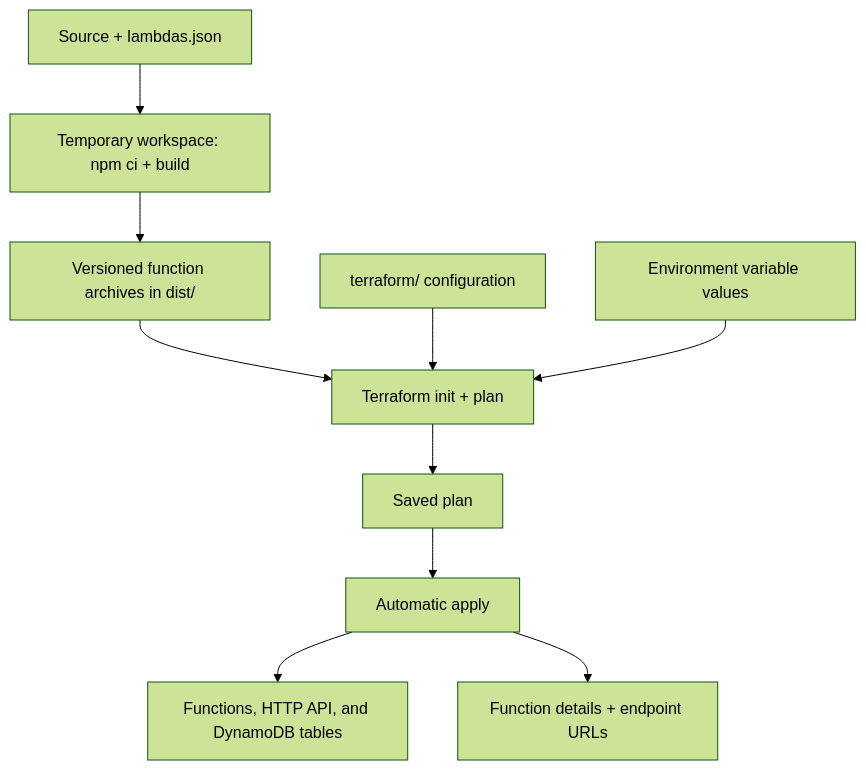
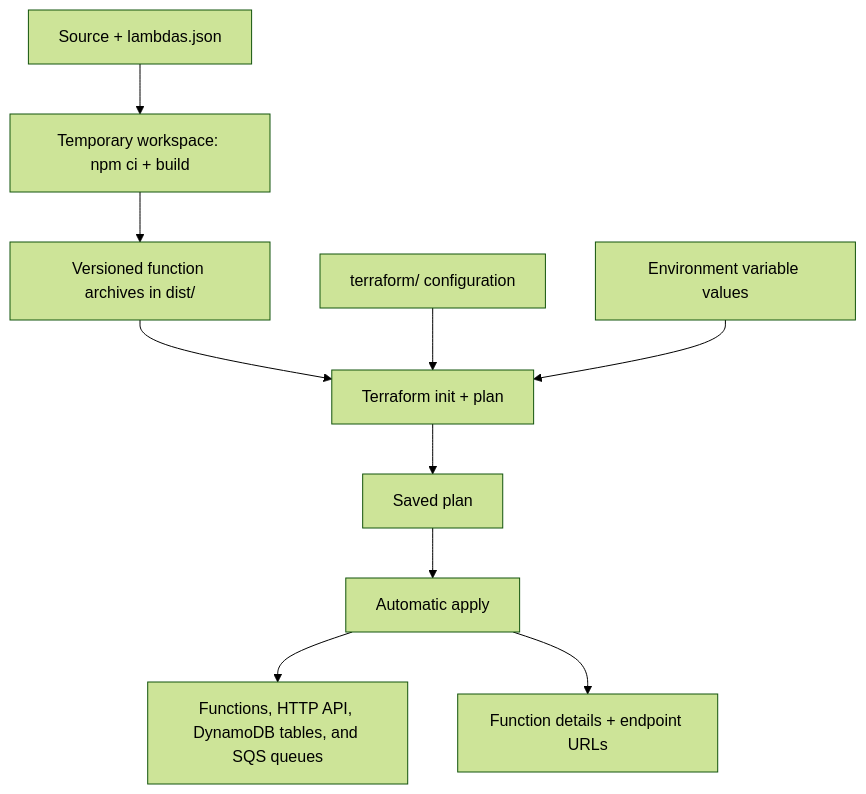
Before and after one commit to gabrielroriz/aws-resilient-payment-flow: the diagram in docs/guides/deployment.md, drawn with Mermaid (forest theme). The commit also changed other lines of this file and 24 other files, not shown here.

````diff
--- a/docs/guides/deployment.md
+++ b/docs/guides/deployment.md
@@ -31,12 +31,12 @@
 ```mermaid
 flowchart TD
     Source["Source + lambdas.json"] --> Build["Temporary workspace: npm ci + build"]
     Build --> ZIP["Versioned function archives in dist/"]
     ZIP --> Plan["Terraform init + plan"]
     Config["terraform/ configuration"] --> Plan
     Secrets["Environment variable values"] --> Plan
     Plan --> Saved["Saved plan"]
     Saved --> Apply["Automatic apply"]
-    Apply --> AWS["Functions, HTTP API, and DynamoDB tables"]
+    Apply --> AWS["Functions, HTTP API, DynamoDB tables, and SQS queues"]
     Apply --> Outputs["Function details + endpoint URLs"]
 ```
````
